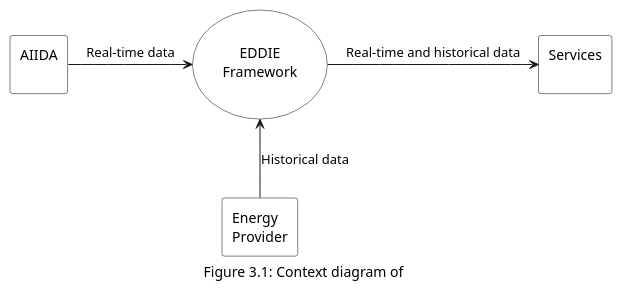
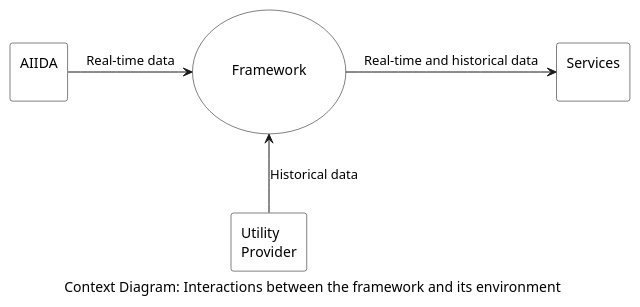
One commit to eddie-energy/architecture changed the diagram in arc42/03-context-and-scope/figures/context-diagram.puml. Above: the diagram before and after it, drawn with PlantUML. The commit also changed 4 other files, not shown here.

```diff
--- a/arc42/03-context-and-scope/figures/context-diagram.puml
+++ b/arc42/03-context-and-scope/figures/context-diagram.puml
@@ -1,29 +1,28 @@
 @startuml context-diagram
 'context diagram
+caption Context Diagram: Interactions between the framework and its environment
 
 ' skinparam linetype ortho
 skinparam usecase {
   BorderColor black
   BackgroundColor transparent
 }
 skinparam rectangle {
   BorderColor black
   BackgroundColor transparent
 }
 
-usecase "\nEDDIE\nFramework\n" as eddie 
+usecase "\n\nFramework\n\n" as eddie 
 ' #ffbd38
-rectangle "Energy\nProvider" as energy
+rectangle "Utility\nProvider" as energy
 ' #52cbff
 rectangle "AIIDA\n" as aiida
 ' #7aff83
 rectangle "Services\n" as services
 ' #ff52ab
 
 aiida -right-> eddie :Real-time data
 energy -up-> eddie :Historical data
 eddie -right-> services :Real-time and historical data
 
-caption Figure 3.1: Context diagram of
-
 @enduml
```
